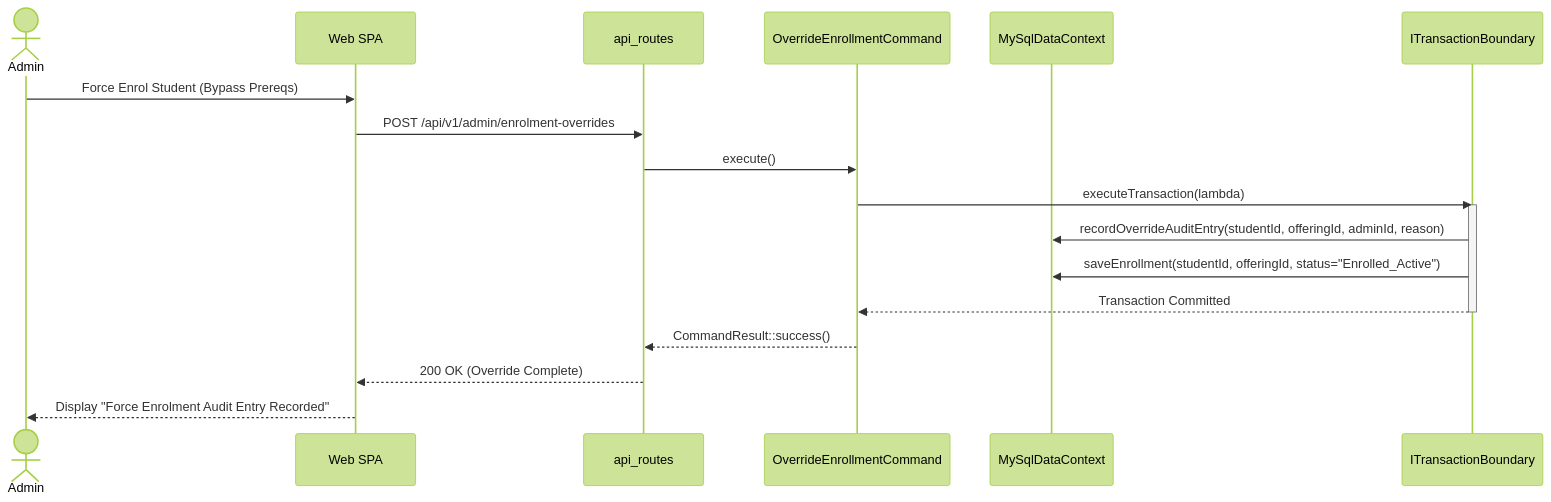
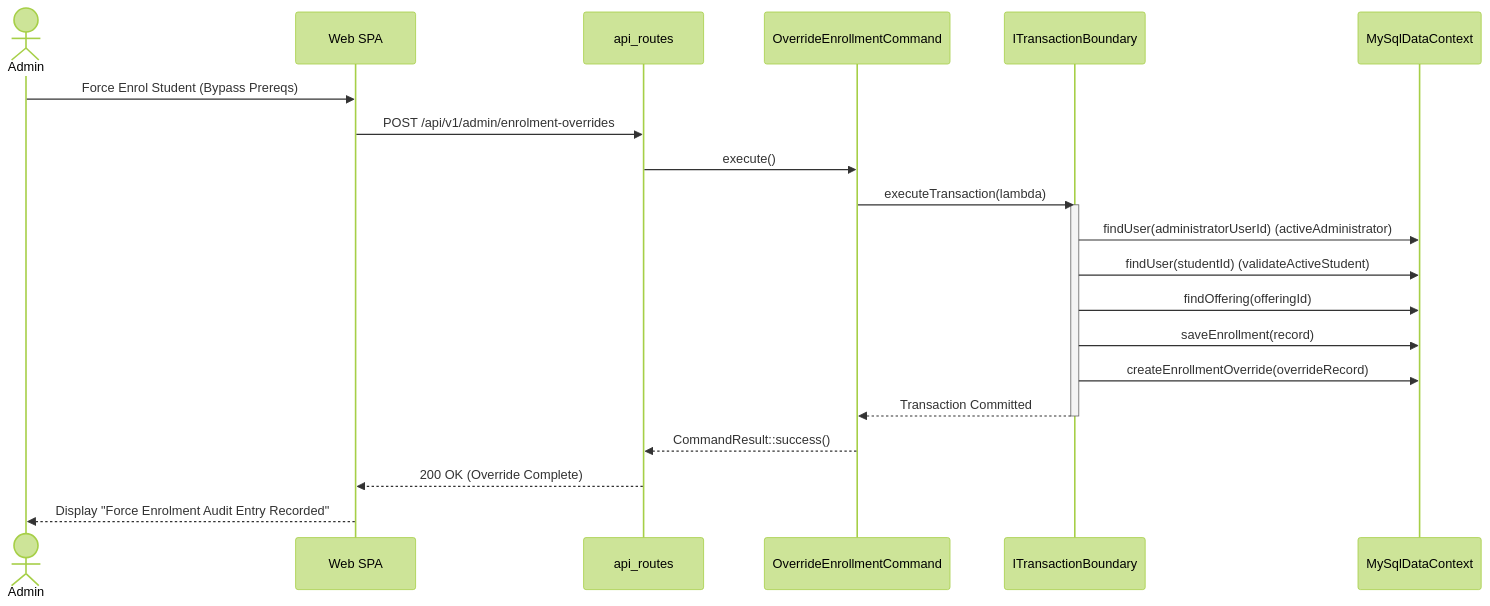
The ninth of 13 diagrams in docs/uml_sequence_diagram.md (DesanSilva/university-course-enrolment-system), drawn with Mermaid (forest theme) before and after one commit. The commit also changed other lines of this file and 3 other files, not shown here.

Commit message:
updated UML diagrams

````diff
--- a/docs/uml_sequence_diagram.md
+++ b/docs/uml_sequence_diagram.md
@@ -223,22 +267,25 @@
 ```mermaid
 sequenceDiagram
     actor Admin
     participant SPA as Web SPA
     participant Router as api_routes
     participant Command as OverrideEnrollmentCommand
+    participant Tx as ITransactionBoundary
     participant Store as MySqlDataContext
-    participant Tx as ITransactionBoundary
 
     Admin->>SPA: Force Enrol Student (Bypass Prereqs)
     SPA->>Router: POST /api/v1/admin/enrolment-overrides
     Router->>Command: execute()
     Command->>Tx: executeTransaction(lambda)
     activate Tx
-    Tx->>Store: recordOverrideAuditEntry(studentId, offeringId, adminId, reason)
-    Tx->>Store: saveEnrollment(studentId, offeringId, status="Enrolled_Active")
+    Tx->>Store: findUser(administratorUserId) (activeAdministrator)
+    Tx->>Store: findUser(studentId) (validateActiveStudent)
+    Tx->>Store: findOffering(offeringId)
+    Tx->>Store: saveEnrollment(record)
+    Tx->>Store: createEnrollmentOverride(overrideRecord)
     Tx-->>Command: Transaction Committed
     deactivate Tx
     Command-->>Router: CommandResult::success()
     Router-->>SPA: 200 OK (Override Complete)
     SPA-->>Admin: Display "Force Enrolment Audit Entry Recorded"
 ```
````
